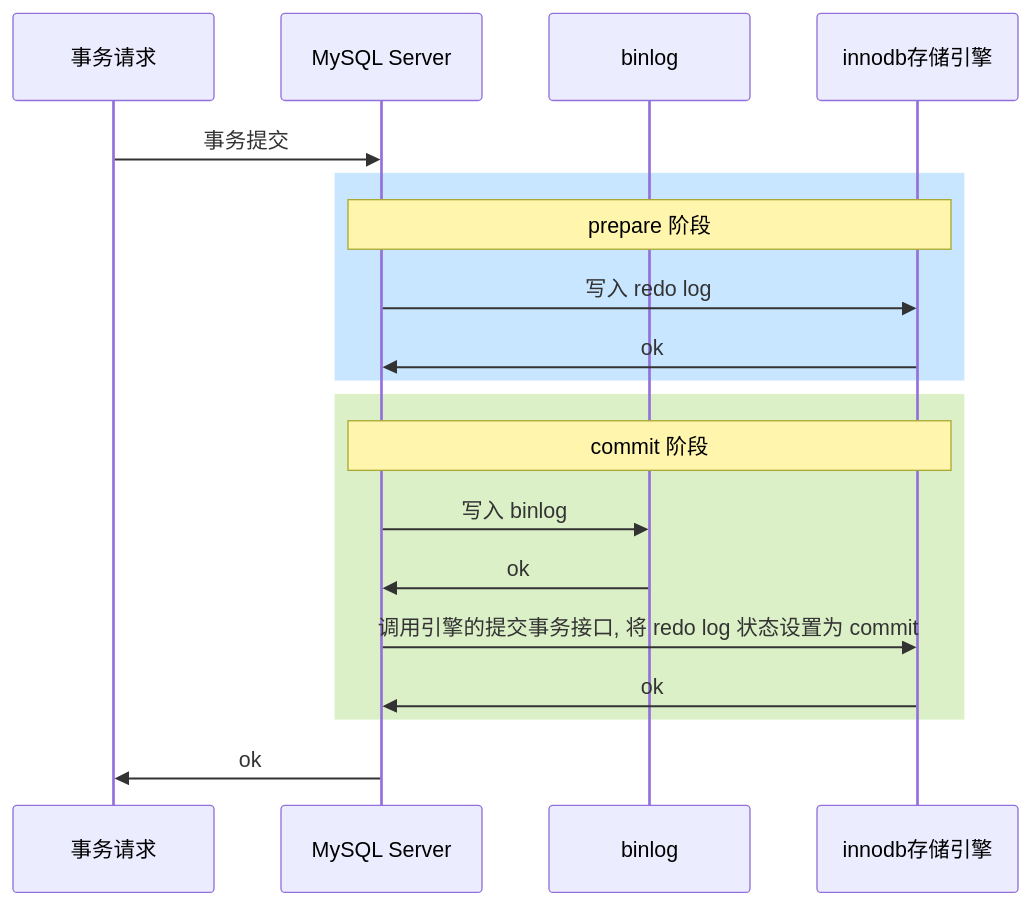
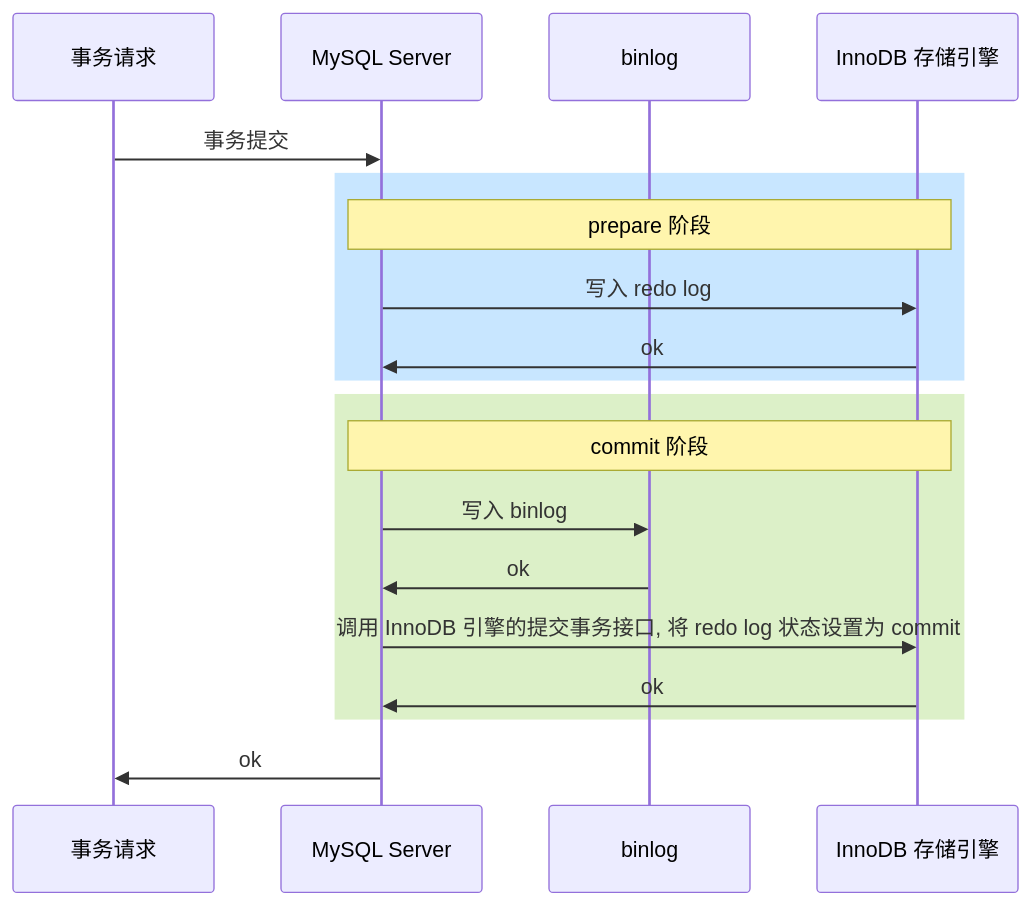
The diagram in docs/backend/mysql.md (hangtiancheng/h), drawn with Mermaid before and after one commit. The commit also changed 3 other files, not shown here.

````diff
--- a/docs/backend/mysql.md
+++ b/docs/backend/mysql.md
@@ -780,26 +780,26 @@
 ```mermaid
 %%{init: {'themeVariables': {'fontFamily': 'Swifty'}}}%%
 sequenceDiagram
   participant 事务请求
   participant MySQL Server
   participant binlog
-  participant innodb as innodb存储引擎
+  participant innodb as InnoDB 存储引擎
 
   事务请求->>MySQL Server: 事务提交
 
   rect rgb(200, 230, 255)
     Note over MySQL Server, innodb: prepare 阶段
     MySQL Server->>innodb: 写入 redo log
     innodb->>MySQL Server: ok
   end
 
   rect rgb(220, 240, 200)
   Note over MySQL Server, innodb: commit 阶段
   MySQL Server->>binlog: 写入 binlog
   binlog->>MySQL Server: ok
-  MySQL Server->>innodb: 调用引擎的提交事务接口, 将 redo log 状态设置为 commit
+  MySQL Server->>innodb: 调用 InnoDB 引擎的提交事务接口, 将 redo log 状态设置为 commit
   innodb->>MySQL Server: ok
   end
 
   MySQL Server->>事务请求: ok
 ```
````
